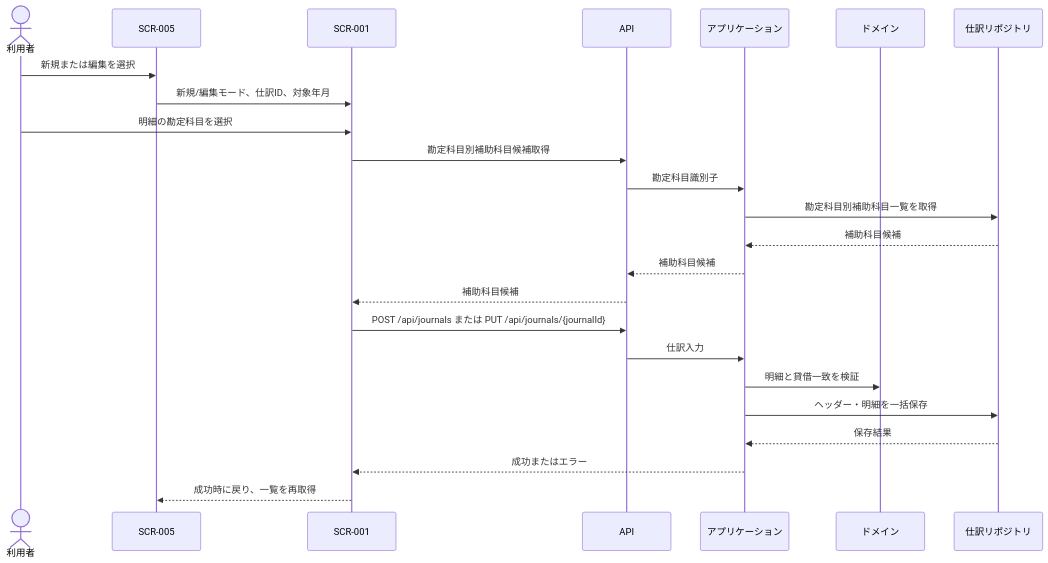
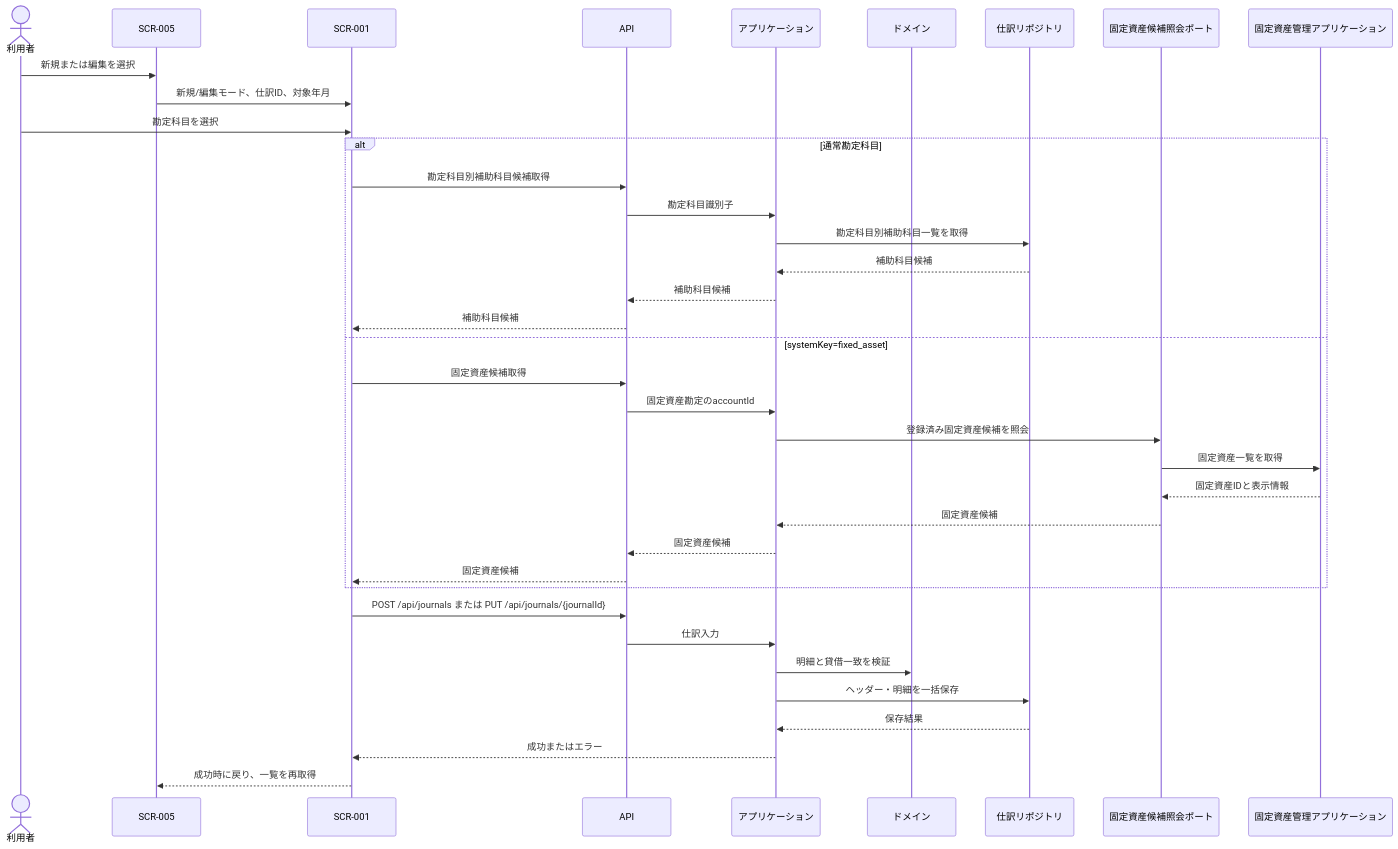
One commit to akichko/aidevtemplate changed the diagram in docs/design/application/DES-APP-004-journal-entry.md. Above: the diagram before and after it, drawn with Mermaid. The commit also changed other lines of this file and 47 other files, not shown here.

````diff
--- a/docs/design/application/DES-APP-004-journal-entry.md
+++ b/docs/design/application/DES-APP-004-journal-entry.md
@@ -72,26 +80,39 @@
 ```mermaid
 sequenceDiagram
     actor 利用者
     participant 一覧 as SCR-005
     participant 入力 as SCR-001
     participant API
     participant 機能 as アプリケーション
     participant ドメイン
     participant 保存 as 仕訳リポジトリ
+    participant 固定資産連携 as 固定資産候補照会ポート
+    participant 固定資産 as 固定資産管理アプリケーション
     利用者->>一覧: 新規または編集を選択
     一覧->>入力: 新規/編集モード、仕訳ID、対象年月
-    利用者->>入力: 明細の勘定科目を選択
-    入力->>API: 勘定科目別補助科目候補取得
-    API->>機能: 勘定科目識別子
-    機能->>保存: 勘定科目別補助科目一覧を取得
-    保存-->>機能: 補助科目候補
-    機能-->>API: 補助科目候補
-    API-->>入力: 補助科目候補
+    利用者->>入力: 勘定科目を選択
+    alt 通常勘定科目
+        入力->>API: 勘定科目別補助科目候補取得
+        API->>機能: 勘定科目識別子
+        機能->>保存: 勘定科目別補助科目一覧を取得
+        保存-->>機能: 補助科目候補
+        機能-->>API: 補助科目候補
+        API-->>入力: 補助科目候補
+    else systemKey=fixed_asset
+        入力->>API: 固定資産候補取得
+        API->>機能: 固定資産勘定のaccountId
+        機能->>固定資産連携: 登録済み固定資産候補を照会
+        固定資産連携->>固定資産: 固定資産一覧を取得
+        固定資産-->>固定資産連携: 固定資産IDと表示情報
+        固定資産連携-->>機能: 固定資産候補
+        機能-->>API: 固定資産候補
+        API-->>入力: 固定資産候補
+    end
     入力->>API: POST /api/journals または PUT /api/journals/{journalId}
     API->>機能: 仕訳入力
     機能->>ドメイン: 明細と貸借一致を検証
     機能->>保存: ヘッダー・明細を一括保存
     保存-->>機能: 保存結果
     機能-->>入力: 成功またはエラー
     入力-->>一覧: 成功時に戻り、一覧を再取得
 ```
````
